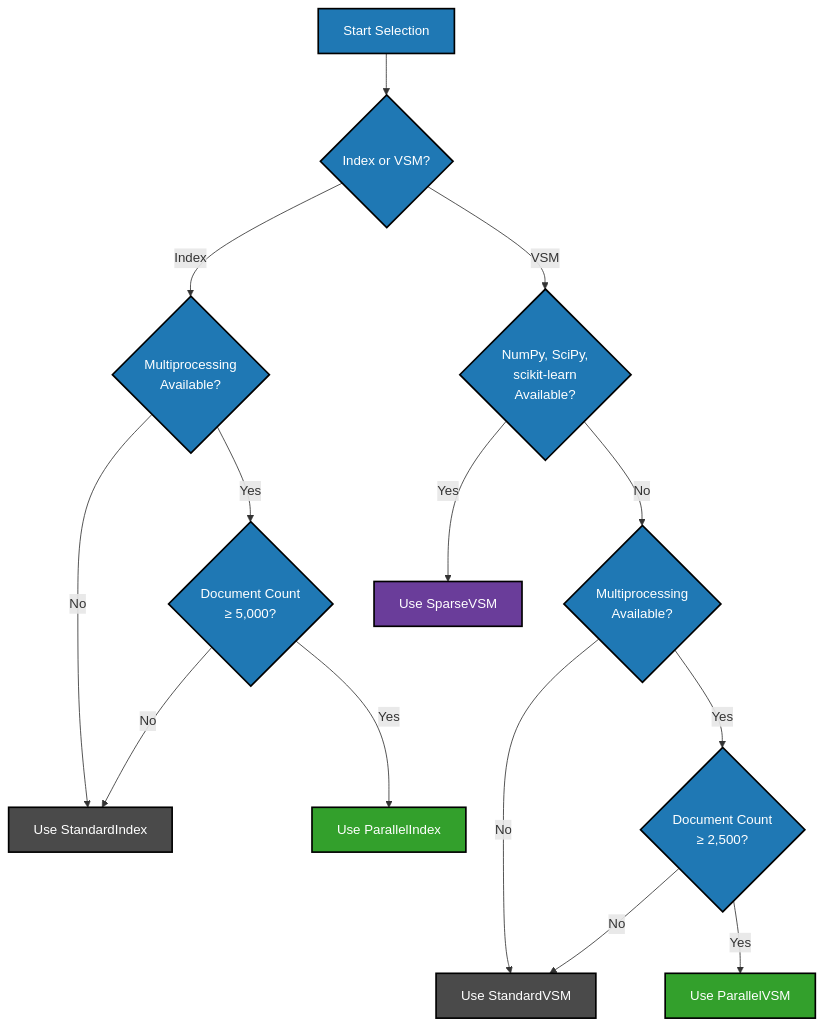
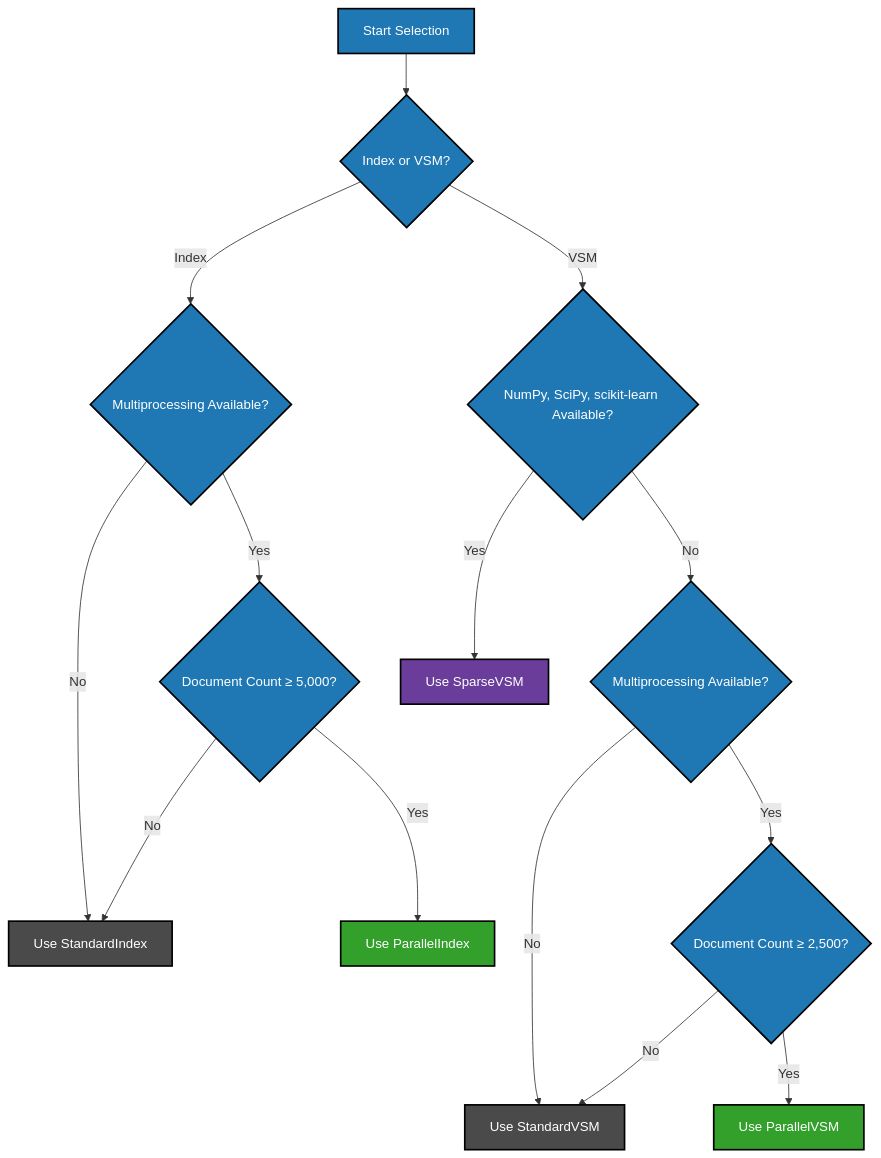
The diagram in HW03/README.md (mdb42/csc790-information-retrieval), drawn with Mermaid before and after one commit. The commit also changed 1 other file, not shown here.

Commit message:
Documentation improvements

````diff
--- a/HW03/README.md
+++ b/HW03/README.md
@@ -196,32 +196,32 @@
 ```mermaid
 flowchart TD
     start[Start Selection] --> indexQ{Index or VSM?}
     
     %% Index Selection Path
-    indexQ -->|Index| multiQ1{Multiprocessing\nAvailable?}
+    indexQ -->|Index| multiQ1{Multiprocessing Available?}
     multiQ1 -->|No| stdIndex[Use StandardIndex]
-    multiQ1 -->|Yes| docQ1{Document Count\n≥ 5,000?}
+    multiQ1 -->|Yes| docQ1{Document Count ≥ 5,000?}
     docQ1 -->|No| stdIndex
     docQ1 -->|Yes| parallelIndex[Use ParallelIndex]
     
     %% VSM Selection Path
-    indexQ -->|VSM| depsQ{NumPy, SciPy,\nscikit-learn\nAvailable?}
+    indexQ -->|VSM| depsQ{NumPy, SciPy, scikit-learn Available?}
     depsQ -->|Yes| sparseVSM[Use SparseVSM]
-    depsQ -->|No| multiQ2{Multiprocessing\nAvailable?}
+    depsQ -->|No| multiQ2{Multiprocessing Available?}
     multiQ2 -->|No| stdVSM[Use StandardVSM]
-    multiQ2 -->|Yes| docQ2{Document Count\n≥ 2,500?}
+    multiQ2 -->|Yes| docQ2{Document Count ≥ 2,500?}
     docQ2 -->|No| stdVSM
     docQ2 -->|Yes| parallelVSM[Use ParallelVSM]
     
     %% Styling
     classDef standard fill:#4a4a4a,stroke:#000,stroke-width:2px,color:#fff;
     classDef decision fill:#1f78b4,stroke:#000,stroke-width:2px,color:#fff;
     classDef parallel fill:#33a02c,stroke:#000,stroke-width:2px,color:#fff;
     classDef sparse fill:#6a3d9a,stroke:#000,stroke-width:2px,color:#fff;
 
     
     class start,indexQ,multiQ1,multiQ2,docQ1,docQ2,depsQ decision
     class stdIndex,stdVSM standard
     class parallelIndex,parallelVSM parallel
     class sparseVSM sparse
 ```
````
